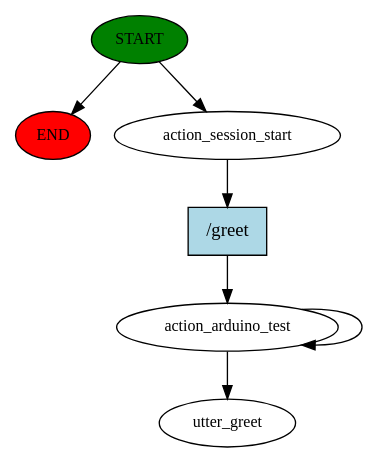
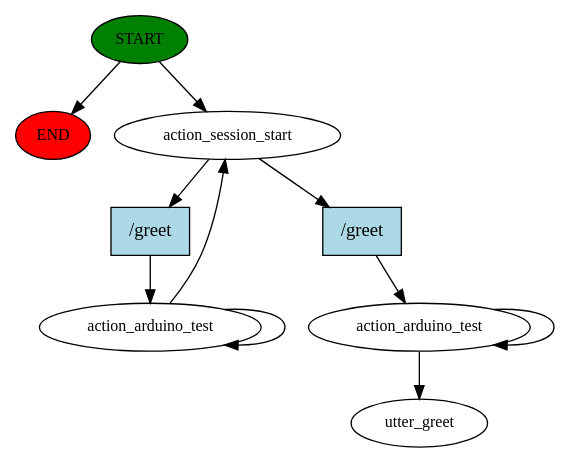
Before and after one commit to kaengurubeutel/RASA: the diagram in story_graph.dot, drawn with Graphviz. The commit also changed 6 other files, not shown here.

Commit message:
Change arduino test action

```diff
--- a/story_graph.dot
+++ b/story_graph.dot
@@ -1,14 +1,20 @@
 digraph  {
 0 [class="start active", fillcolor=green, fontsize=12, label=START, style=filled];
 "-1" [class=end, fillcolor=red, fontsize=12, label=END, style=filled];
 1 [class=active, fontsize=12, label=action_session_start];
 2 [class=active, fontsize=12, label=action_arduino_test];
-6 [class="dashed active", fontsize=12, label=utter_greet];
-7 [class="intent active", fillcolor=lightblue, label="/greet", shape=rect, style=filled];
+5 [class=active, fontsize=12, label=action_arduino_test];
+8 [class="dashed active", fontsize=12, label=utter_greet];
+9 [class="intent active", fillcolor=lightblue, label="/greet", shape=rect, style=filled];
+10 [class="intent active", fillcolor=lightblue, label="/greet", shape=rect, style=filled];
 0 -> "-1"  [class="", key=NONE, label=""];
 0 -> 1  [class=active, key=NONE, label=""];
-1 -> 7  [class=active, key=0];
+1 -> 9  [class=active, key=0];
+1 -> 10  [class=active, key=0];
+2 -> 1  [class=active, key=NONE, label=""];
 2 -> 2  [class=active, key=NONE, label=""];
-2 -> 6  [class=active, key=NONE, label=""];
-7 -> 2  [class=active, key=0];
+5 -> 5  [class=active, key=NONE, label=""];
+5 -> 8  [class=active, key=NONE, label=""];
+9 -> 2  [class=active, key=0];
+10 -> 5  [class=active, key=0];
 }
```
